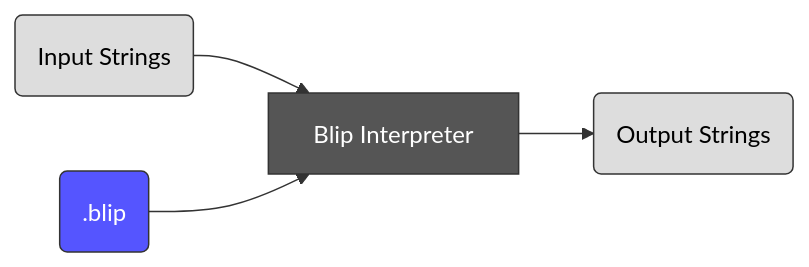
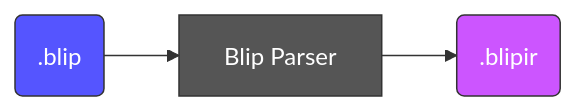
One commit to psysrc/blip changed the first of 3 diagrams in docs/design_ecosystem.md. Above: the diagram before and after it, drawn with Mermaid. The commit also changed other lines of this file, not shown here.

````diff
--- a/docs/design_ecosystem.md
+++ b/docs/design_ecosystem.md
@@ -15,15 +15,13 @@
 ```mermaid
 flowchart LR
-    i(Input Strings)
-    o(Output Strings)
     blip(.blip)
-    interpreter[Blip Interpreter]
+    blipir(.blipir)
+    parser[Blip Parser]
 
-    i --> interpreter
-    blip --> interpreter --> o
+    blip --> parser
+    parser --> blipir
 
     style blip fill:#55f,color:#fff,stroke:#333
-    style interpreter fill:#555,color:#fff,stroke:#333
-    style i fill:#ddd,color:#000,stroke:#333
-    style o fill:#ddd,color:#000,stroke:#333
+    style blipir fill:#c5f,color:#fff,stroke:#333
+    style parser fill:#555,color:#fff,stroke:#333
 ```
````
